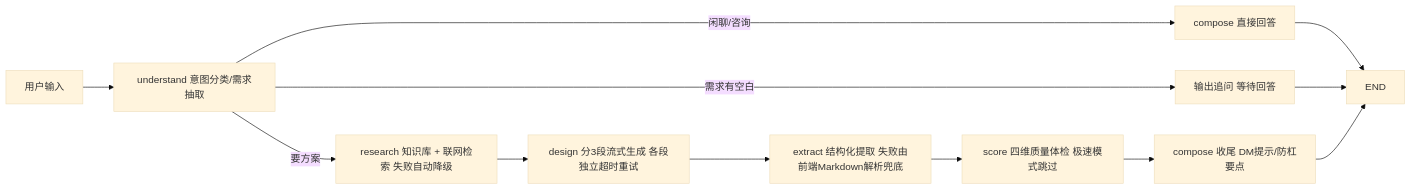
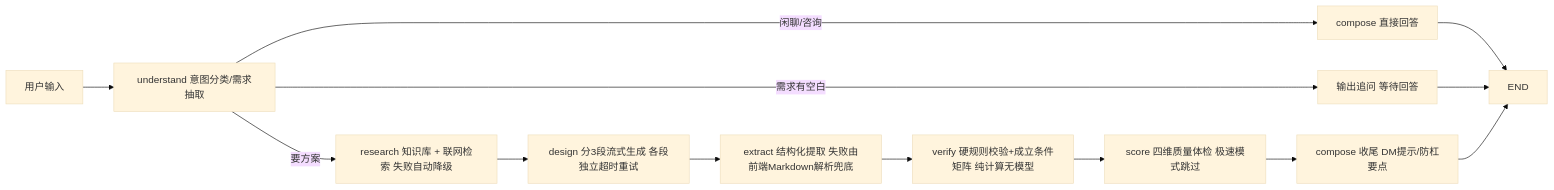
Before and after one commit to water6161/trick-designer-agent: the diagram in README.md, drawn with Mermaid (base theme). The commit also changed other lines of this file and 25 other files, not shown here.

````diff
--- a/README.md
+++ b/README.md
@@ -117,11 +123,12 @@
 ```mermaid
 flowchart LR
   U[用户输入] --> UD[understand 意图分类/需求抽取]
   UD -- 闲聊/咨询 --> C[compose 直接回答] --> E[END]
   UD -- 需求有空白 --> Q[输出追问 等待回答] --> E
   UD -- 要方案 --> R[research 知识库 + 联网检索 失败自动降级]
   R --> D[design 分3段流式生成 各段独立超时重试]
   D --> X[extract 结构化提取 失败由前端Markdown解析兜底]
-  X --> S[score 四维质量体检 极速模式跳过]
+  X --> V[verify 硬规则校验+成立条件矩阵 纯计算无模型]
+  V --> S[score 四维质量体检 极速模式跳过]
   S --> C2[compose 收尾 DM提示/防杠要点] --> E
 ```
````
